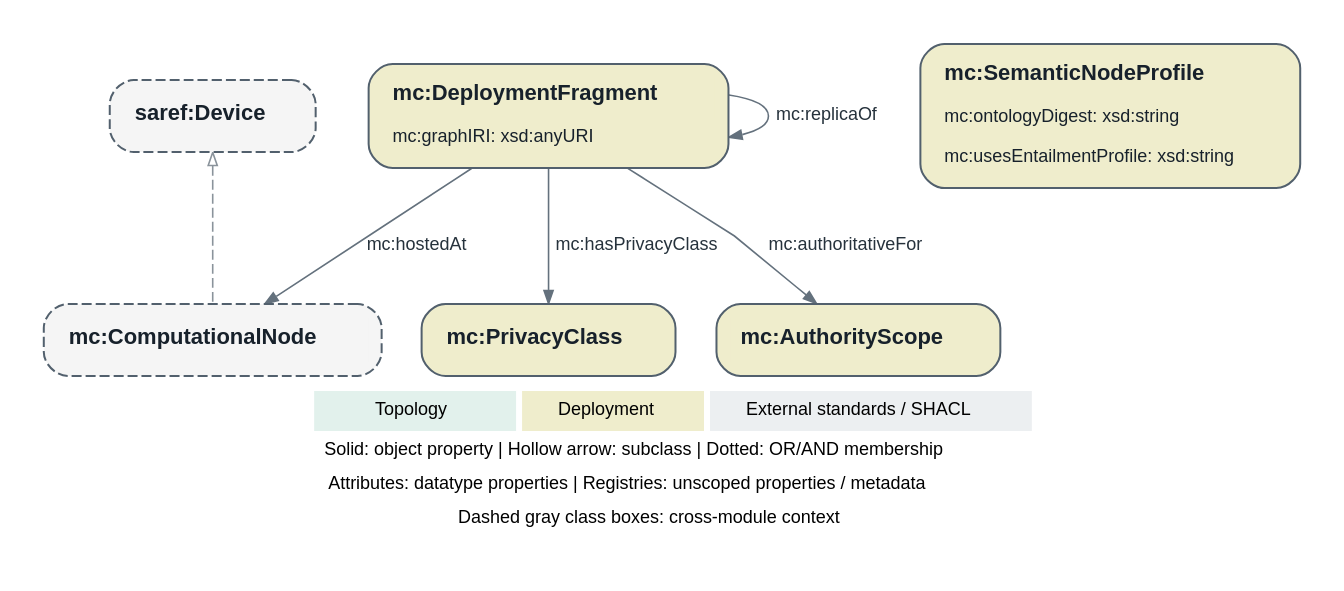
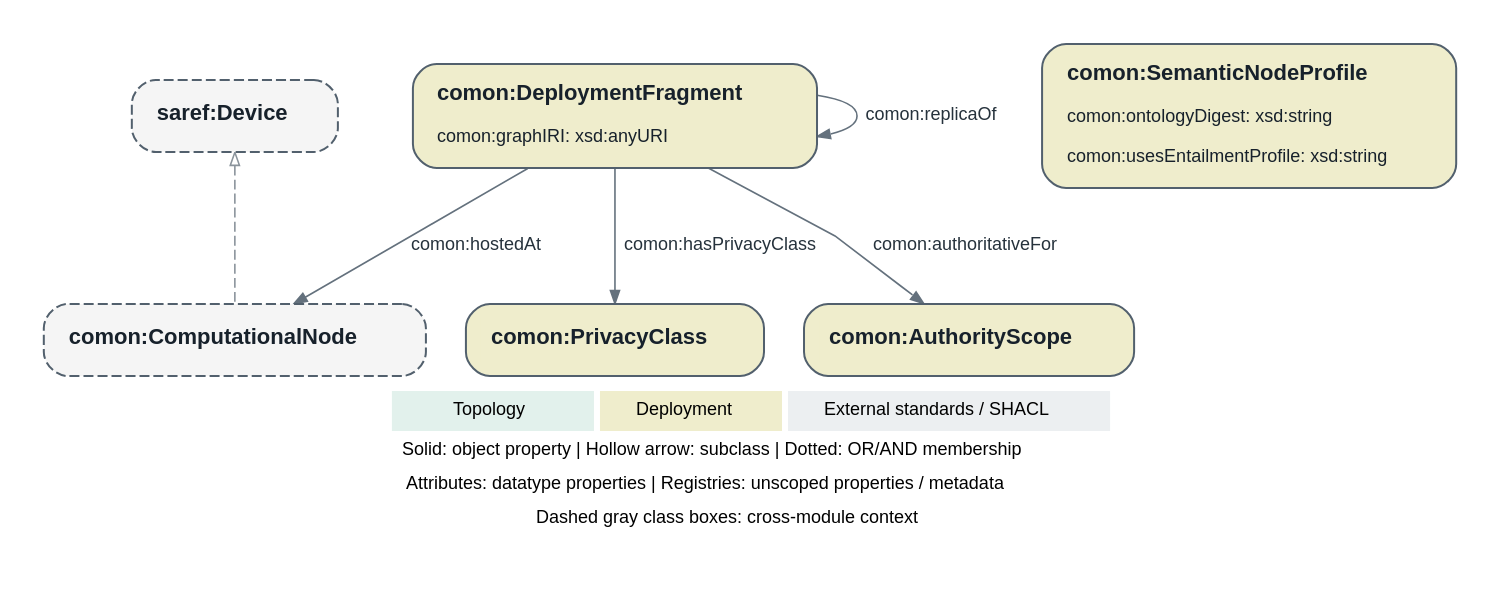
Before and after one commit to MauronMP/Continuum_Monitoring: the diagram in ontology/diagrams/sources/modules/deployment.dot, drawn with Graphviz. The commit also changed 1451 other files, not shown here.

```diff
--- a/ontology/diagrams/sources/modules/deployment.dot
+++ b/ontology/diagrams/sources/modules/deployment.dot
@@ -1,22 +1,22 @@
 digraph ontology {
   graph [rankdir=TB, bgcolor="white", margin=0, pad="0.20", nodesep="0.28",
          ranksep="0.65", splines=polyline, outputorder=edgesfirst,
          fontname="Helvetica", fontnames="svg", labelloc=b, labeljust=c];
   node [shape=box, style="rounded,filled", color="#52606D",
         fillcolor="white", fontcolor="#17212B", fontname="Helvetica",
         fontsize=11, margin="0.10,0.07", penwidth=1.0];
   edge [color="#64717D", fontcolor="#26323C", fontname="Helvetica",
         fontsize=9, arrowsize=0.65, penwidth=0.8];
   label=<<TABLE BORDER="0" CELLBORDER="0" CELLSPACING="3"><TR><TD BGCOLOR="#E2F1EC" CELLPADDING="5"><FONT POINT-SIZE="9">Topology</FONT></TD><TD BGCOLOR="#EFEDCC" CELLPADDING="5"><FONT POINT-SIZE="9">Deployment</FONT></TD><TD BGCOLOR="#ECEFF1" CELLPADDING="5"><FONT POINT-SIZE="9">External standards / SHACL</FONT></TD></TR><TR><TD COLSPAN="3"><FONT POINT-SIZE="9">Solid: object property | Hollow arrow: subclass | Dotted: OR/AND membership</FONT></TD></TR><TR><TD COLSPAN="3"><FONT POINT-SIZE="9">Attributes: datatype properties | Registries: unscoped properties / metadata</FONT></TD></TR><TR><TD COLSPAN="3"><FONT POINT-SIZE="9">Dashed gray class boxes: cross-module context</FONT></TD></TR></TABLE>>;
-  "http://example.org/monitoringcontinuum#AuthorityScope" [label=<<TABLE BORDER="0" CELLBORDER="0" CELLSPACING="0" CELLPADDING="5"><TR><TD BGCOLOR="#EFEDCC" ALIGN="LEFT"><B>mc:AuthorityScope</B></TD></TR></TABLE>>, fillcolor="#EFEDCC", tooltip="http://example.org/monitoringcontinuum#AuthorityScope"];
-  "http://example.org/monitoringcontinuum#ComputationalNode" [label=<<TABLE BORDER="0" CELLBORDER="0" CELLSPACING="0" CELLPADDING="5"><TR><TD BGCOLOR="#F5F5F5" ALIGN="LEFT"><B>mc:ComputationalNode</B></TD></TR></TABLE>>, fillcolor="#F5F5F5", tooltip="http://example.org/monitoringcontinuum#ComputationalNode", style="rounded,dashed,filled"];
-  "http://example.org/monitoringcontinuum#DeploymentFragment" [label=<<TABLE BORDER="0" CELLBORDER="0" CELLSPACING="0" CELLPADDING="5"><TR><TD BGCOLOR="#EFEDCC" ALIGN="LEFT"><B>mc:DeploymentFragment</B></TD></TR><TR><TD ALIGN="LEFT" TOOLTIP="http://example.org/monitoringcontinuum#graphIRI"><FONT POINT-SIZE="9">mc:graphIRI: xsd:anyURI</FONT></TD></TR></TABLE>>, fillcolor="#EFEDCC", tooltip="http://example.org/monitoringcontinuum#DeploymentFragment"];
-  "http://example.org/monitoringcontinuum#PrivacyClass" [label=<<TABLE BORDER="0" CELLBORDER="0" CELLSPACING="0" CELLPADDING="5"><TR><TD BGCOLOR="#EFEDCC" ALIGN="LEFT"><B>mc:PrivacyClass</B></TD></TR></TABLE>>, fillcolor="#EFEDCC", tooltip="http://example.org/monitoringcontinuum#PrivacyClass"];
-  "http://example.org/monitoringcontinuum#SemanticNodeProfile" [label=<<TABLE BORDER="0" CELLBORDER="0" CELLSPACING="0" CELLPADDING="5"><TR><TD BGCOLOR="#EFEDCC" ALIGN="LEFT"><B>mc:SemanticNodeProfile</B></TD></TR><TR><TD ALIGN="LEFT" TOOLTIP="http://example.org/monitoringcontinuum#ontologyDigest"><FONT POINT-SIZE="9">mc:ontologyDigest: xsd:string</FONT></TD></TR><TR><TD ALIGN="LEFT" TOOLTIP="http://example.org/monitoringcontinuum#usesEntailmentProfile"><FONT POINT-SIZE="9">mc:usesEntailmentProfile: xsd:string</FONT></TD></TR></TABLE>>, fillcolor="#EFEDCC", tooltip="http://example.org/monitoringcontinuum#SemanticNodeProfile"];
+  "http://example.org/monitoringcontinuum#AuthorityScope" [label=<<TABLE BORDER="0" CELLBORDER="0" CELLSPACING="0" CELLPADDING="5"><TR><TD BGCOLOR="#EFEDCC" ALIGN="LEFT"><B>comon:AuthorityScope</B></TD></TR></TABLE>>, fillcolor="#EFEDCC", tooltip="http://example.org/monitoringcontinuum#AuthorityScope"];
+  "http://example.org/monitoringcontinuum#ComputationalNode" [label=<<TABLE BORDER="0" CELLBORDER="0" CELLSPACING="0" CELLPADDING="5"><TR><TD BGCOLOR="#F5F5F5" ALIGN="LEFT"><B>comon:ComputationalNode</B></TD></TR></TABLE>>, fillcolor="#F5F5F5", tooltip="http://example.org/monitoringcontinuum#ComputationalNode", style="rounded,dashed,filled"];
+  "http://example.org/monitoringcontinuum#DeploymentFragment" [label=<<TABLE BORDER="0" CELLBORDER="0" CELLSPACING="0" CELLPADDING="5"><TR><TD BGCOLOR="#EFEDCC" ALIGN="LEFT"><B>comon:DeploymentFragment</B></TD></TR><TR><TD ALIGN="LEFT" TOOLTIP="http://example.org/monitoringcontinuum#graphIRI"><FONT POINT-SIZE="9">comon:graphIRI: xsd:anyURI</FONT></TD></TR></TABLE>>, fillcolor="#EFEDCC", tooltip="http://example.org/monitoringcontinuum#DeploymentFragment"];
+  "http://example.org/monitoringcontinuum#PrivacyClass" [label=<<TABLE BORDER="0" CELLBORDER="0" CELLSPACING="0" CELLPADDING="5"><TR><TD BGCOLOR="#EFEDCC" ALIGN="LEFT"><B>comon:PrivacyClass</B></TD></TR></TABLE>>, fillcolor="#EFEDCC", tooltip="http://example.org/monitoringcontinuum#PrivacyClass"];
+  "http://example.org/monitoringcontinuum#SemanticNodeProfile" [label=<<TABLE BORDER="0" CELLBORDER="0" CELLSPACING="0" CELLPADDING="5"><TR><TD BGCOLOR="#EFEDCC" ALIGN="LEFT"><B>comon:SemanticNodeProfile</B></TD></TR><TR><TD ALIGN="LEFT" TOOLTIP="http://example.org/monitoringcontinuum#ontologyDigest"><FONT POINT-SIZE="9">comon:ontologyDigest: xsd:string</FONT></TD></TR><TR><TD ALIGN="LEFT" TOOLTIP="http://example.org/monitoringcontinuum#usesEntailmentProfile"><FONT POINT-SIZE="9">comon:usesEntailmentProfile: xsd:string</FONT></TD></TR></TABLE>>, fillcolor="#EFEDCC", tooltip="http://example.org/monitoringcontinuum#SemanticNodeProfile"];
   "https://saref.etsi.org/core/Device" [label=<<TABLE BORDER="0" CELLBORDER="0" CELLSPACING="0" CELLPADDING="5"><TR><TD BGCOLOR="#F5F5F5" ALIGN="LEFT"><B>saref:Device</B></TD></TR></TABLE>>, fillcolor="#F5F5F5", tooltip="https://saref.etsi.org/core/Device", style="rounded,dashed,filled"];
-  "http://example.org/monitoringcontinuum#DeploymentFragment" -> "http://example.org/monitoringcontinuum#AuthorityScope" [label="mc:authoritativeFor", tooltip="http://example.org/monitoringcontinuum#authoritativeFor"];
-  "http://example.org/monitoringcontinuum#DeploymentFragment" -> "http://example.org/monitoringcontinuum#PrivacyClass" [label="mc:hasPrivacyClass", tooltip="http://example.org/monitoringcontinuum#hasPrivacyClass"];
-  "http://example.org/monitoringcontinuum#DeploymentFragment" -> "http://example.org/monitoringcontinuum#ComputationalNode" [label="mc:hostedAt", tooltip="http://example.org/monitoringcontinuum#hostedAt"];
-  "http://example.org/monitoringcontinuum#DeploymentFragment" -> "http://example.org/monitoringcontinuum#DeploymentFragment" [label="mc:replicaOf", tooltip="http://example.org/monitoringcontinuum#replicaOf"];
+  "http://example.org/monitoringcontinuum#DeploymentFragment" -> "http://example.org/monitoringcontinuum#AuthorityScope" [label="comon:authoritativeFor", tooltip="http://example.org/monitoringcontinuum#authoritativeFor"];
+  "http://example.org/monitoringcontinuum#DeploymentFragment" -> "http://example.org/monitoringcontinuum#PrivacyClass" [label="comon:hasPrivacyClass", tooltip="http://example.org/monitoringcontinuum#hasPrivacyClass"];
+  "http://example.org/monitoringcontinuum#DeploymentFragment" -> "http://example.org/monitoringcontinuum#ComputationalNode" [label="comon:hostedAt", tooltip="http://example.org/monitoringcontinuum#hostedAt"];
+  "http://example.org/monitoringcontinuum#DeploymentFragment" -> "http://example.org/monitoringcontinuum#DeploymentFragment" [label="comon:replicaOf", tooltip="http://example.org/monitoringcontinuum#replicaOf"];
   "https://saref.etsi.org/core/Device" -> "http://example.org/monitoringcontinuum#ComputationalNode" [dir=back, arrowtail=empty, style=dashed, color="#8A939B", weight=2];
 }
```
